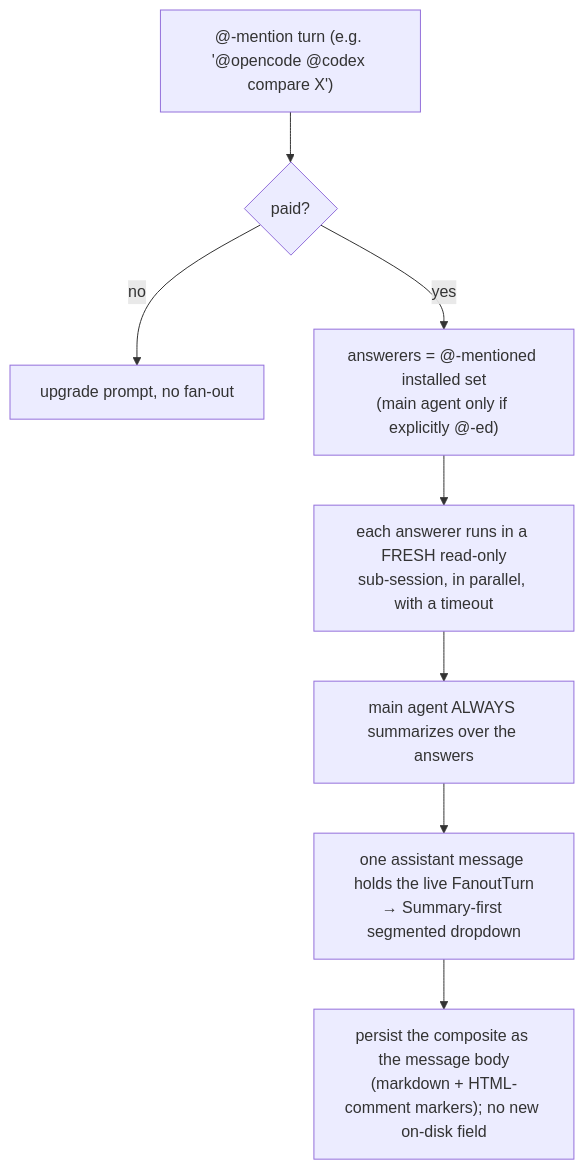
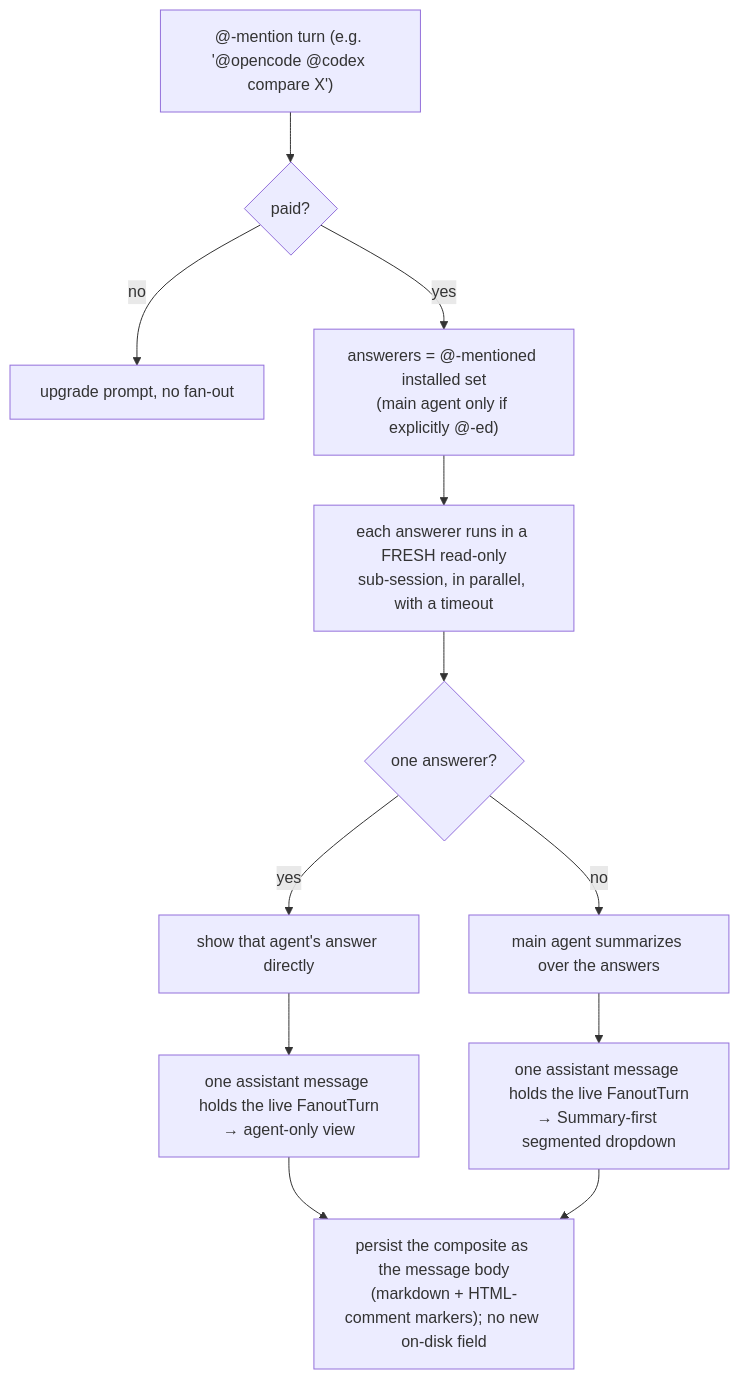
Before and after one commit to logancyang/obsidian-copilot: the diagram in designdocs/MULTI_AGENT_FANOUT_ARCHITECTURE.md, drawn with Mermaid. The commit also changed other lines of this file and 19 other files, not shown here.

Commit message:
Route single-agent mentions directly (#3263)

````diff
--- a/designdocs/MULTI_AGENT_FANOUT_ARCHITECTURE.md
+++ b/designdocs/MULTI_AGENT_FANOUT_ARCHITECTURE.md
@@ -10,10 +10,14 @@
 ```mermaid
 flowchart TD
     U["@-mention turn (e.g. '@opencode @codex compare X')"] --> G{paid?}
     G -- no --> P[upgrade prompt, no fan-out]
     G -- yes --> A["answerers = @-mentioned installed set<br/>(main agent only if explicitly @-ed)"]
     A --> AN["each answerer runs in a FRESH read-only<br/>sub-session, in parallel, with a timeout"]
-    AN --> S["main agent ALWAYS summarizes over the answers"]
-    S --> M["one assistant message holds the live FanoutTurn<br/>→ Summary-first segmented dropdown"]
-    M --> SAVE["persist the composite as the message body<br/>(markdown + HTML-comment markers); no new on-disk field"]
+    AN --> C{"one answerer?"}
+    C -- yes --> D["show that agent's answer directly"]
+    C -- no --> S["main agent summarizes over the answers"]
+    D --> M1["one assistant message holds the live FanoutTurn<br/>→ agent-only view"]
+    S --> M2["one assistant message holds the live FanoutTurn<br/>→ Summary-first segmented dropdown"]
+    M1 --> SAVE["persist the composite as the message body<br/>(markdown + HTML-comment markers); no new on-disk field"]
+    M2 --> SAVE
 ```
````
